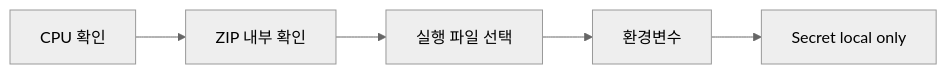
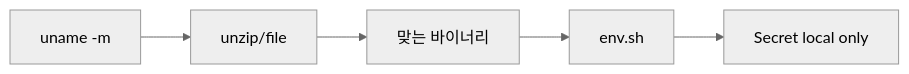
One commit to MetaStudy999/codyssey-basic-b1-1-system-monitor changed the sixth of 12 diagrams in training/round-01-clear/BEGINNER-GUIDE.md. Above: the diagram before and after it, drawn with Mermaid (neutral theme). The commit also changed other lines of this file, not shown here.

````diff
--- a/training/round-01-clear/BEGINNER-GUIDE.md
+++ b/training/round-01-clear/BEGINNER-GUIDE.md
@@ -508,5 +529,5 @@
 ```mermaid
 flowchart LR
-    A[CPU 확인] --> B[ZIP 내부 확인] --> C[실행 파일 선택]
-    C --> D[환경변수] --> E[Secret local only]
+    A[uname -m] --> B[unzip/file] --> C[맞는 바이너리]
+    C --> D[env.sh] --> E[Secret local only]
 ```
````
